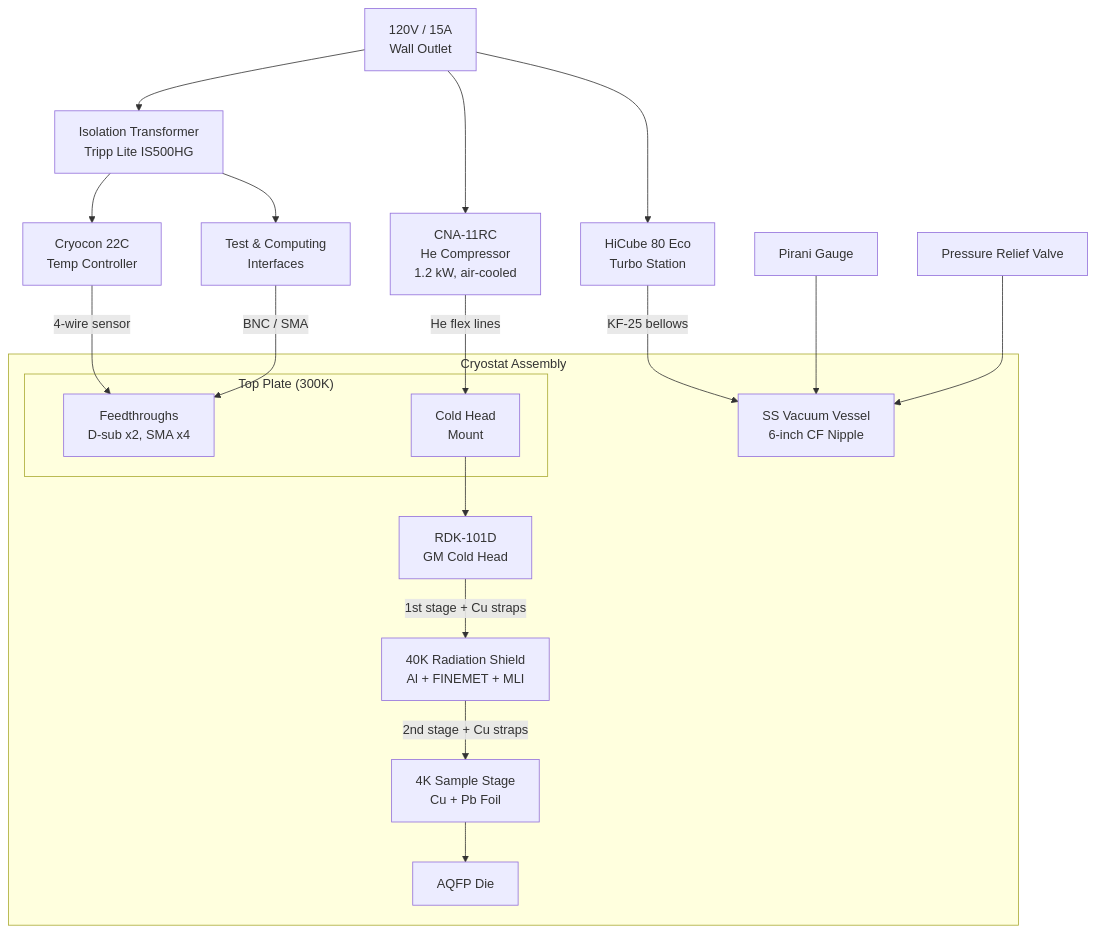
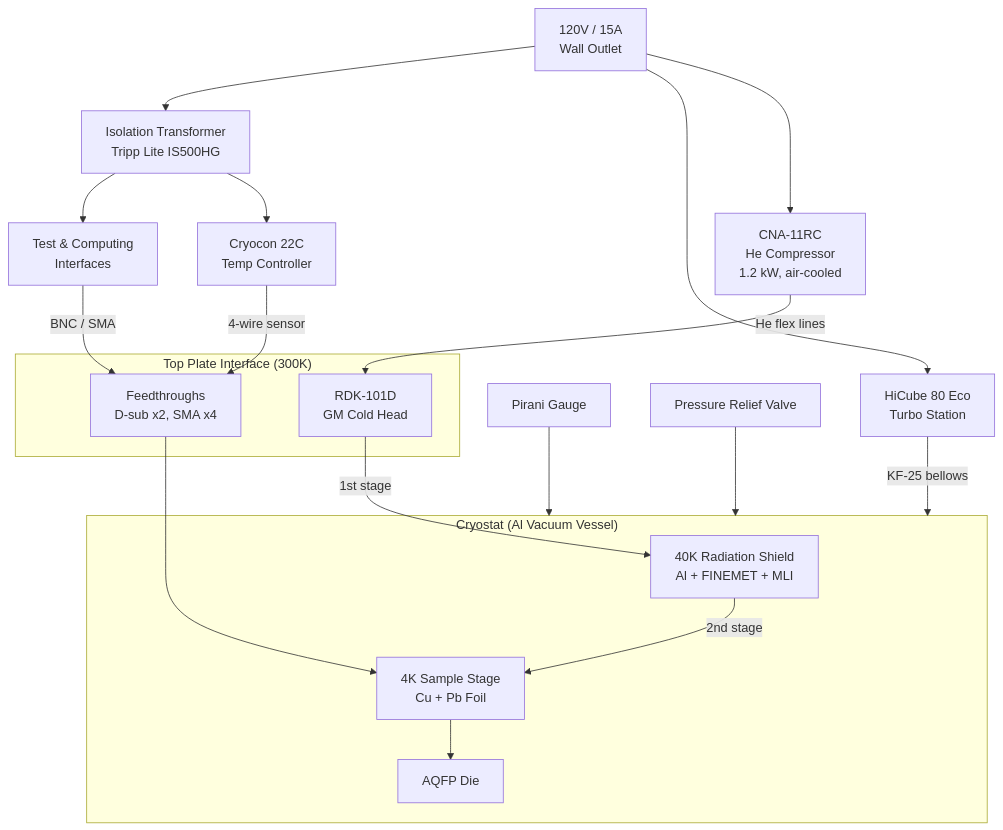
Before and after one commit to AlexWynn-AM/cryo-rack: the diagram in docs/vertiv-design-package.md, drawn with Mermaid. The commit also changed other lines of this file and 1 other file, not shown here.

Commit message:
Restructure diagram: cold head and feedthroughs on top, Al vessel
- Cold head sits on top of cryostat (not inside)
- Feedthroughs at top plate interface (300K boundary)
- Cryostat = aluminum vacuum vessel
- Update vessel/plates material from 304L SS to 6061-T6 Al

````diff
--- a/docs/vertiv-design-package.md
+++ b/docs/vertiv-design-package.md
@@ -54,42 +54,41 @@
 ```mermaid
 flowchart TD
     power["120V / 15A\nWall Outlet"]
     compressor["CNA-11RC\nHe Compressor\n1.2 kW, air-cooled"]
     pumpStation["HiCube 80 Eco\nTurbo Station"]
     isoXfmr["Isolation Transformer\nTripp Lite IS500HG"]
     tempController["Cryocon 22C\nTemp Controller"]
     testEquip["Test & Computing\nInterfaces"]
     gauge["Pirani Gauge"]
     relief["Pressure Relief Valve"]
 
-    subgraph cryostat["Cryostat Assembly"]
-        subgraph topPlate["Top Plate (300K)"]
-            feedthroughs["Feedthroughs\nD-sub x2, SMA x4"]
-            coldHeadMount["Cold Head\nMount"]
-        end
-        vessel["SS Vacuum Vessel\n6-inch CF Nipple"]
+    subgraph topInterface["Top Plate Interface (300K)"]
         coldHead["RDK-101D\nGM Cold Head"]
+        feedthroughs["Feedthroughs\nD-sub x2, SMA x4"]
+    end
+
+    subgraph cryostat["Cryostat (Al Vacuum Vessel)"]
         radShield["40K Radiation Shield\nAl + FINEMET + MLI"]
         sampleStage["4K Sample Stage\nCu + Pb Foil"]
         aqfpDie["AQFP Die"]
 
-        coldHeadMount --> coldHead
-        coldHead -->|"1st stage + Cu straps"| radShield
-        radShield -->|"2nd stage + Cu straps"| sampleStage
+        radShield -->|"2nd stage"| sampleStage
         sampleStage --> aqfpDie
     end
 
     power --> compressor
     power --> pumpStation
     power --> isoXfmr
     isoXfmr --> tempController
     isoXfmr --> testEquip
 
-    compressor -->|"He flex lines"| coldHeadMount
-    pumpStation -->|"KF-25 bellows"| vessel
+    compressor -->|"He flex lines"| coldHead
+    coldHead -->|"1st stage"| radShield
+    pumpStation -->|"KF-25 bellows"| cryostat
     tempController -->|"4-wire sensor"| feedthroughs
     testEquip -->|"BNC / SMA"| feedthroughs
+    feedthroughs --> sampleStage
 
-    gauge --> vessel
-    relief --> vessel
+    gauge --> cryostat
+    relief --> cryostat
 ```
````
